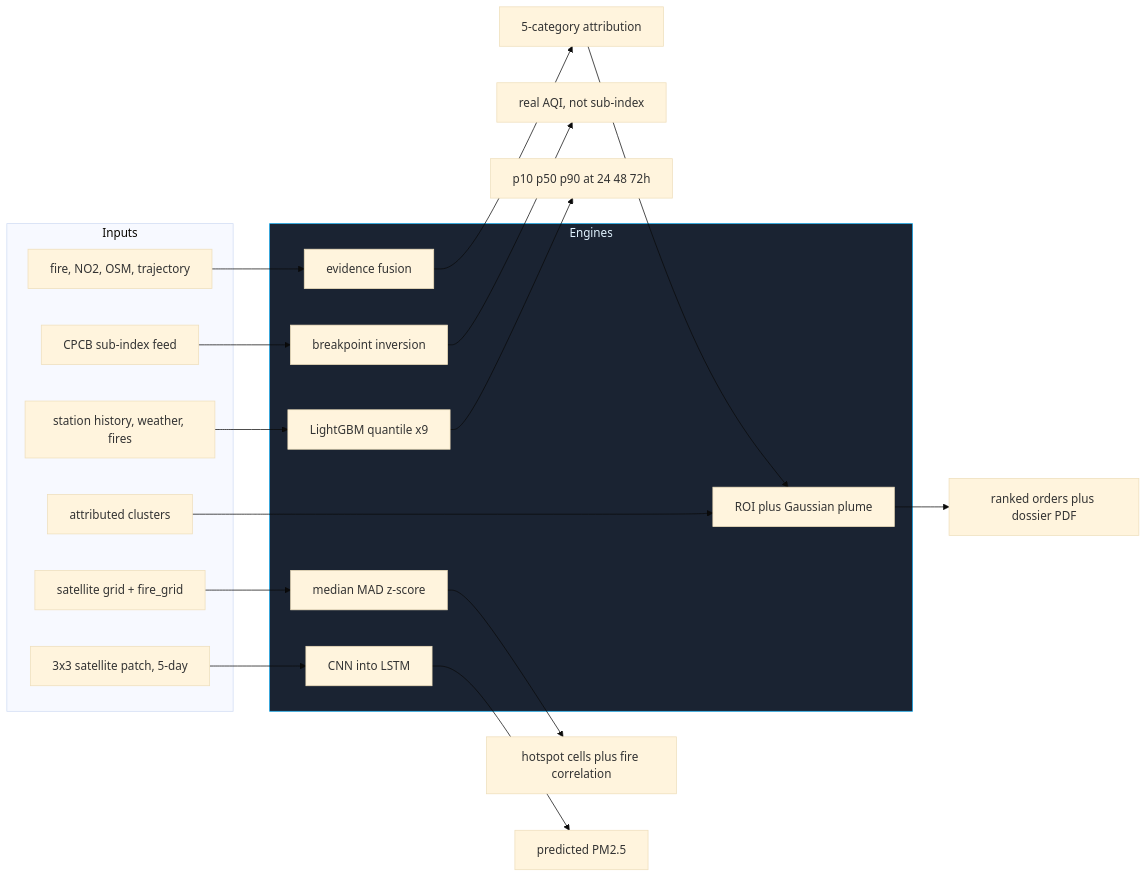
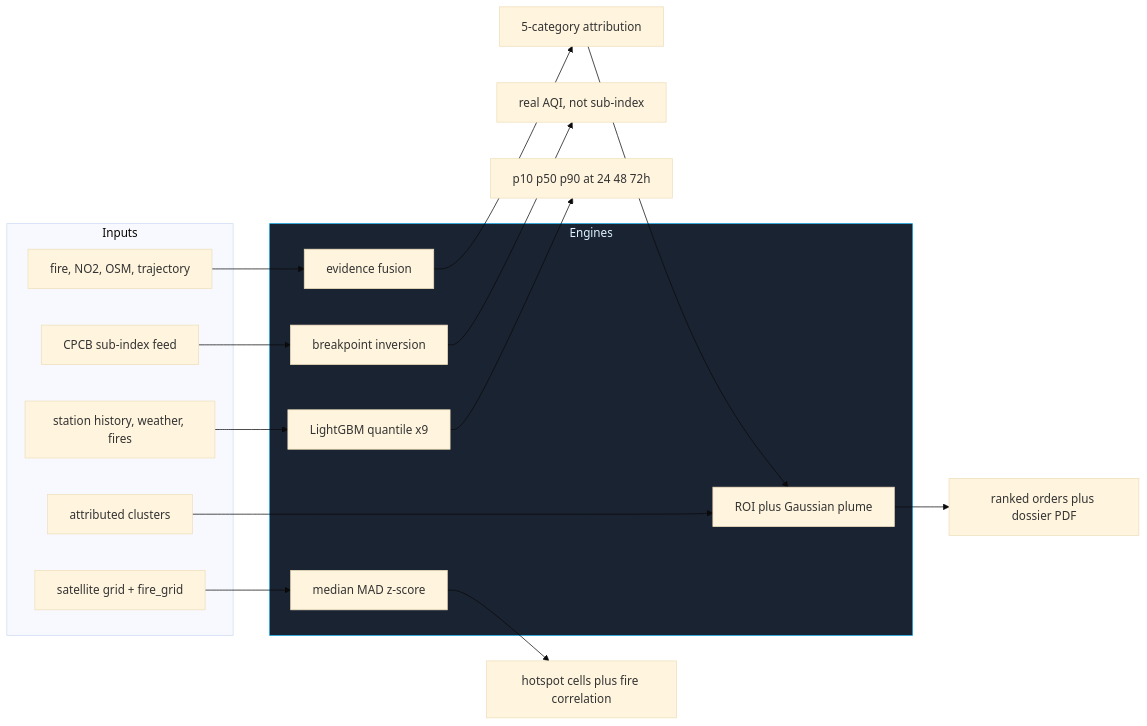
One commit to ashoka0402/final_year_project changed the third of 4 diagrams in README.md. Above: the diagram before and after it, drawn with Mermaid (base theme). The commit also changed other lines of this file and 10 other files, not shown here.

Commit message:
Remove CNN-LSTM from Aeris

````diff
--- a/README.md
+++ b/README.md
@@ -242,28 +230,25 @@
 ```mermaid
 flowchart LR
     subgraph inputs["Inputs"]
         I1["CPCB sub-index feed"]
         I2["station history, weather, fires"]
         I3["fire, NO2, OSM, trajectory"]
         I4["attributed clusters"]
         I6["satellite grid + fire_grid"]
-        I7["3x3 satellite patch, 5-day"]
     end
     subgraph engines["Engines"]
         E1["breakpoint inversion"]
         E2["LightGBM quantile x9"]
         E3["evidence fusion"]
         E4["ROI plus Gaussian plume"]
         E6["median MAD z-score"]
-        E7["CNN into LSTM"]
     end
     I1 --> E1 --> O1["real AQI, not sub-index"]
     I2 --> E2 --> O2["p10 p50 p90 at 24 48 72h"]
     I3 --> E3 --> O3["5-category attribution"]
     O3 --> E4
     I4 --> E4 --> O4["ranked orders plus dossier PDF"]
     I6 --> E6 --> O6["hotspot cells plus fire correlation"]
-    I7 --> E7 --> O7["predicted PM2.5"]
 
     style engines fill:#1a2332,stroke:#0ea5e9,color:#e0f2fe
 ```
````
